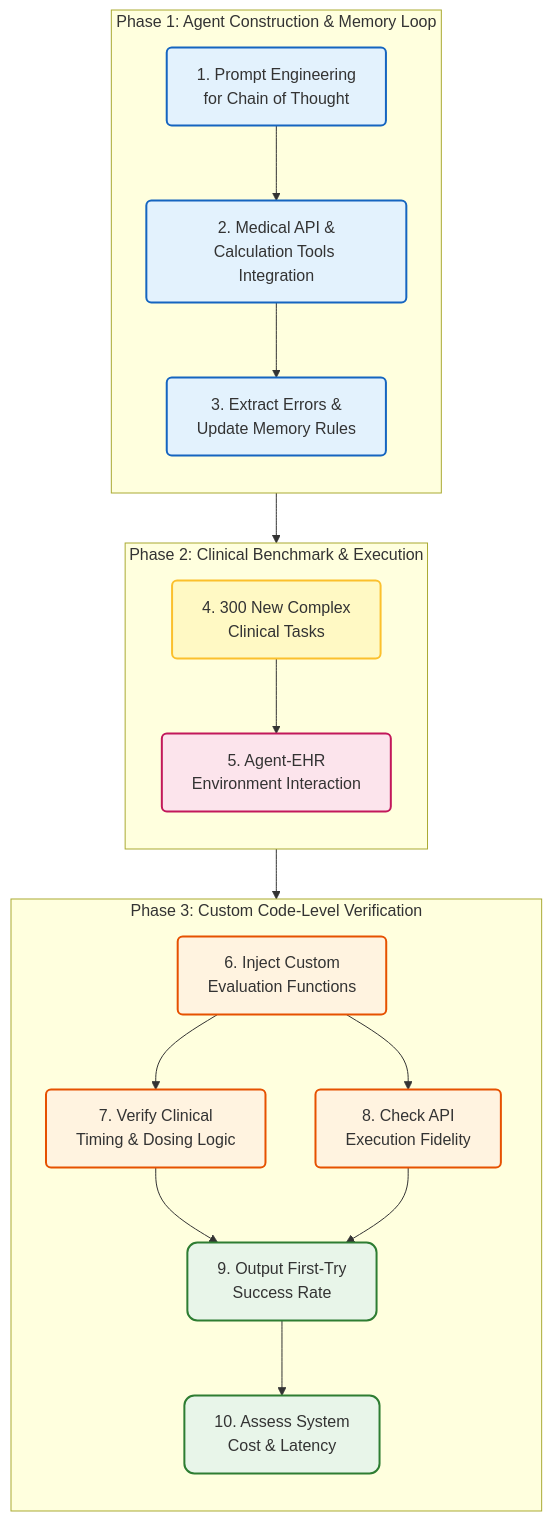
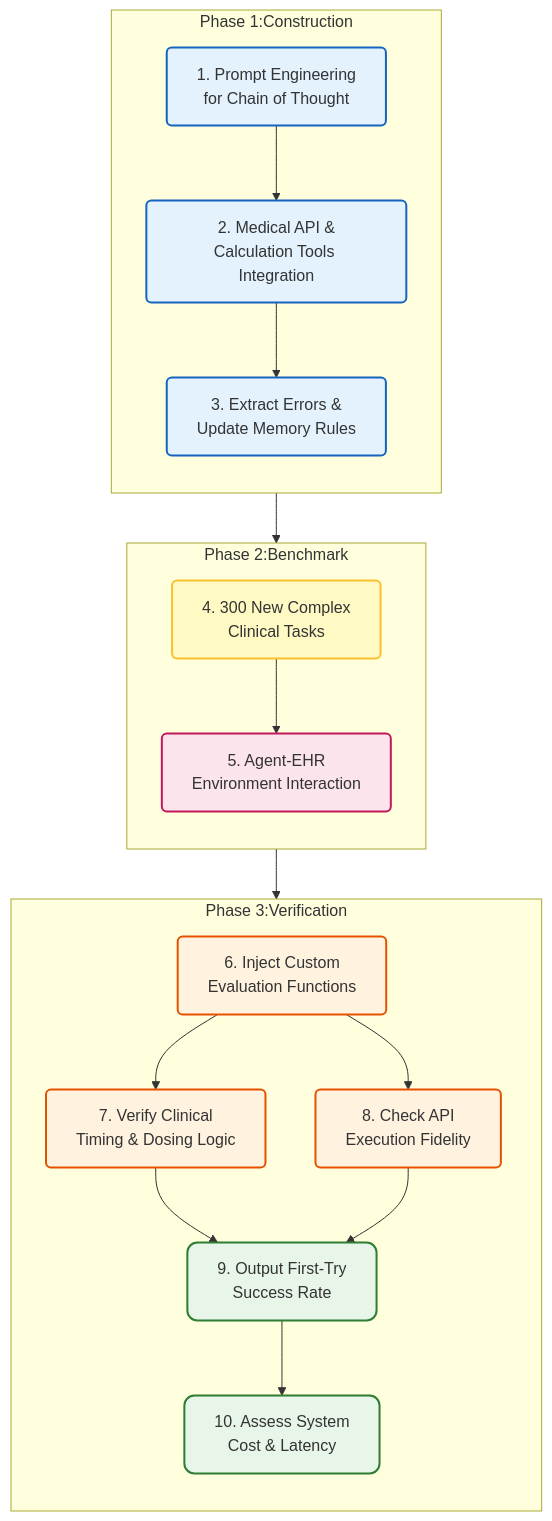
One commit to hhtrocket/HHT-Benchmark-dataset changed the second of 2 diagrams in Literature Review/medical background AI agent evaluation.md. Above: the diagram before and after it, drawn with Mermaid.

Commit message:
Update medical background AI agent evaluation.md

````diff
--- a/Literature Review/medical background AI agent evaluation.md
+++ b/Literature Review/medical background AI agent evaluation.md
@@ -74,46 +74,46 @@
 ```mermaid
 graph TD
     classDef phase1 fill:#e3f2fd,stroke:#1565c0,stroke-width:2px,rx:5,ry:5;
     classDef phase2 fill:#fce4ec,stroke:#c2185b,stroke-width:2px,rx:5,ry:5;
     classDef phase3 fill:#fff3e0,stroke:#e65100,stroke-width:2px,rx:5,ry:5;
     classDef input fill:#fff9c4,stroke:#fbc02d,stroke-width:2px,rx:5,ry:5;
     classDef report fill:#e8f5e9,stroke:#2e7d32,stroke-width:2px,rx:10,ry:10;
 
-    subgraph P1 [ Phase 1: Agent Construction & Memory Loop ]
+    subgraph P1 [ Phase 1:Construction  ]
 
         direction TB
         N1["1. Prompt Engineering<br/>for Chain of Thought"]:::phase1
         N2["2. Medical API &<br/>Calculation Tools Integration"]:::phase1
         N3["3. Extract Errors &<br/>Update Memory Rules"]:::phase1
         
         N1 --> N2
         N2 --> N3
     end
 
-    subgraph P2 [ Phase 2: Clinical Benchmark & Execution ]
+    subgraph P2 [ Phase 2:Benchmark]
 
         direction TB
         N4["4. 300 New Complex<br/>Clinical Tasks"]:::input
         N5["5. Agent-EHR<br/>Environment Interaction"]:::phase2
         
         N4 --> N5
     end
 
-    subgraph P3 [ Phase 3: Custom Code-Level Verification ]
+    subgraph P3 [ Phase 3:Verification ]
 
         direction TB
         N6["6. Inject Custom<br/>Evaluation Functions"]:::phase3
         N7["7. Verify Clinical<br/>Timing & Dosing Logic"]:::phase3
         N8["8. Check API<br/>Execution Fidelity"]:::phase3
         N9["9. Output First-Try<br/>Success Rate"]:::report
         N10["10. Assess System<br/>Cost & Latency"]:::report
         
         N6 --> N7
         N6 --> N8
         N7 & N8 --> N9
         N9 --> N10
     end
 
     N3 --> N5
     N5 --> N6
 ```
````
